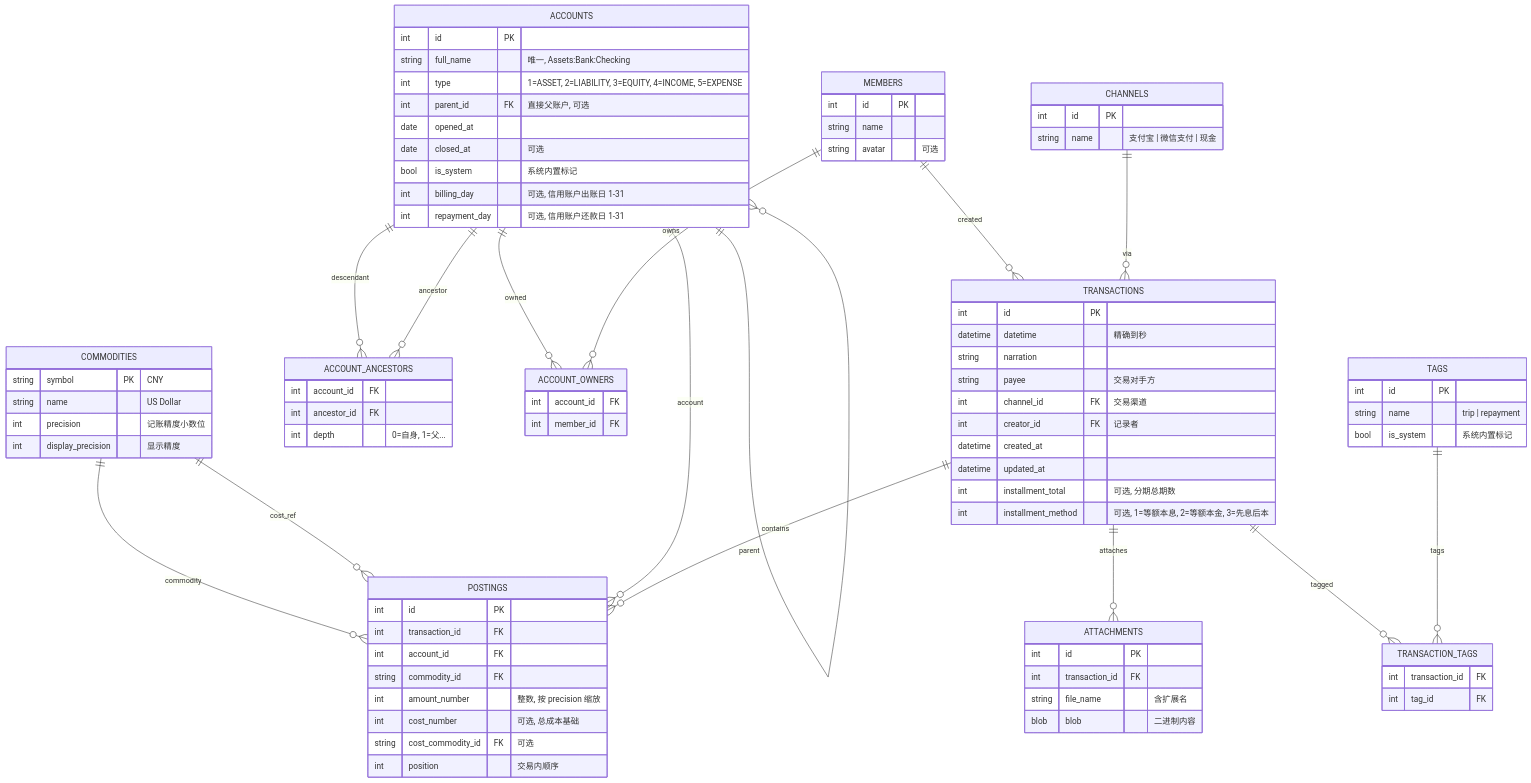
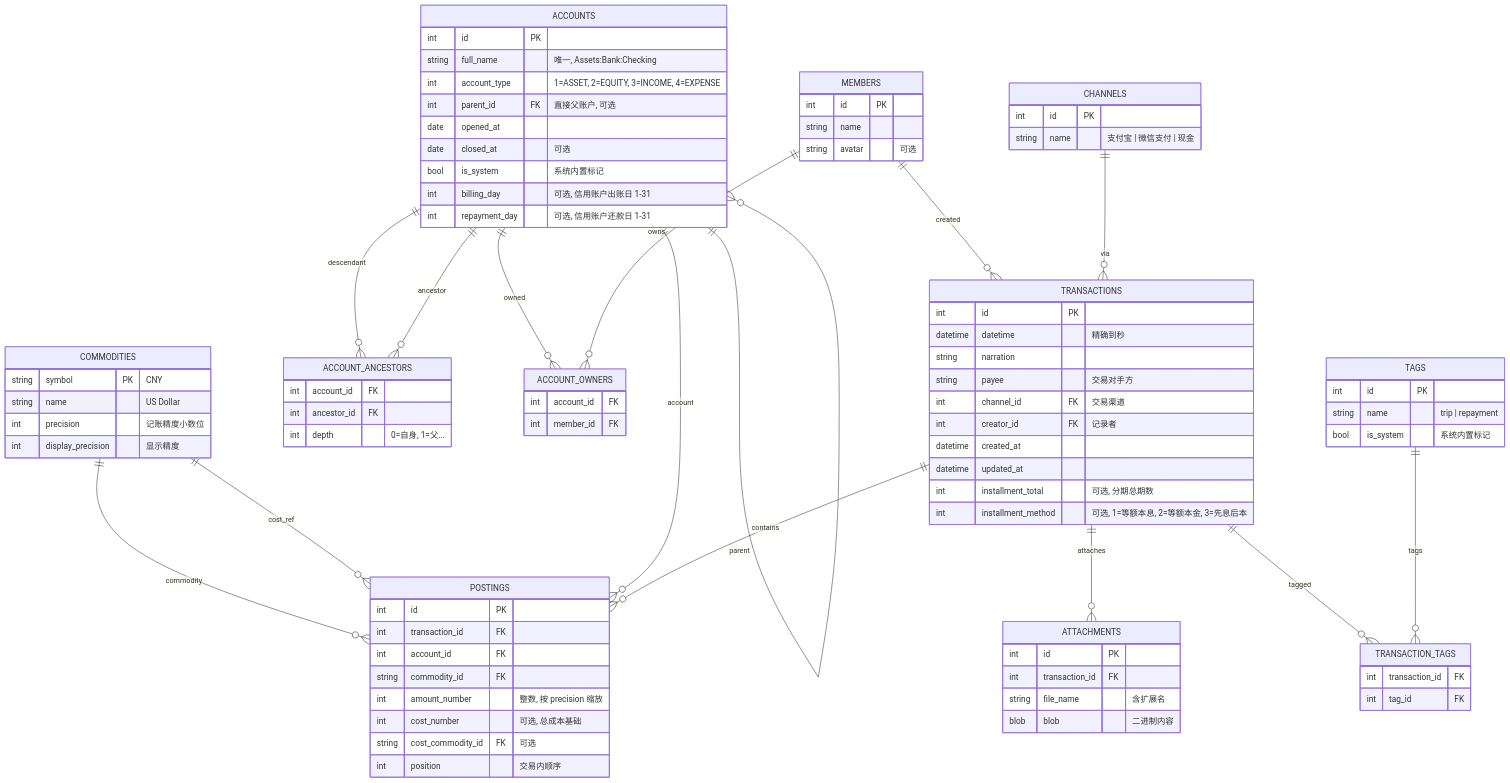
One commit to YdrMaster/accounting changed the diagram in spec/sql.md. Above: the diagram before and after it, drawn with Mermaid. The commit also changed other lines of this file and 26 other files, not shown here.

```diff
--- a/spec/sql.md
+++ b/spec/sql.md
@@ -48,7 +48,7 @@
     ACCOUNTS {
         int id PK
         string full_name "唯一, Assets:Bank:Checking"
-        int type "1=ASSET, 2=LIABILITY, 3=EQUITY, 4=INCOME, 5=EXPENSE"
+        int account_type "1=ASSET, 2=EQUITY, 3=INCOME, 4=EXPENSE"
         int parent_id FK "直接父账户, 可选"
         date opened_at
         date closed_at "可选"
```
